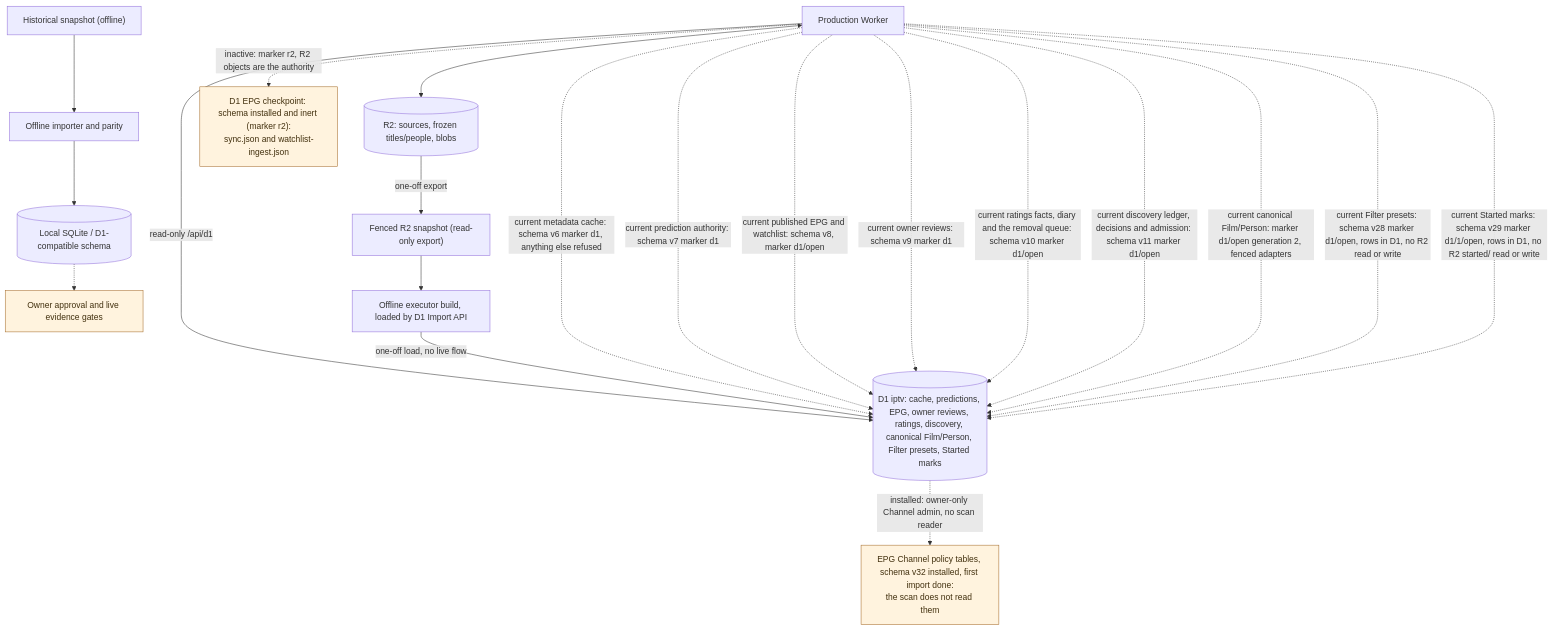
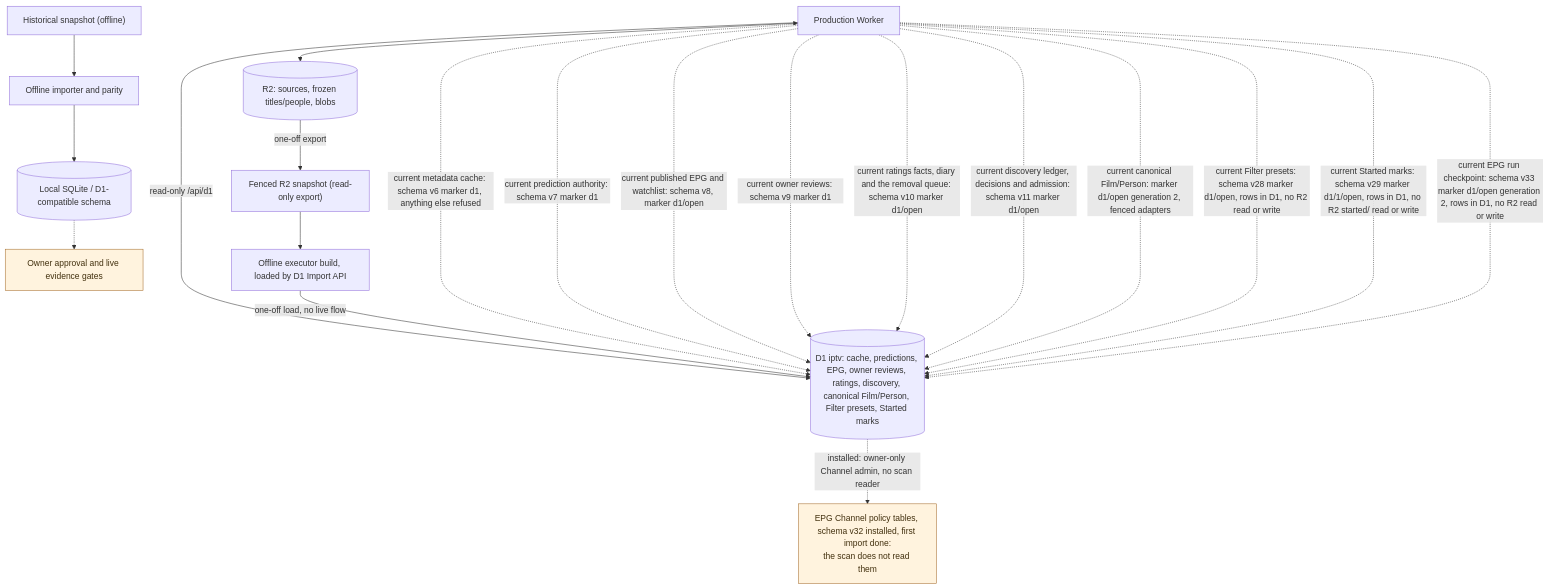
The diagram in docs/architecture/persistence-and-migration.md (vladimino/iptv-watchlist), drawn with Mermaid before and after one commit. The commit also changed other lines of this file and 23 other files, not shown here.

First line of the commit message:
AIR-551: retire EPG checkpoint R2 fallback after D1 cutover (#906)

````diff
--- a/docs/architecture/persistence-and-migration.md
+++ b/docs/architecture/persistence-and-migration.md
@@ -7,32 +7,31 @@
 ```mermaid
 flowchart TD
     worker["Production Worker"]
     r2[("R2: sources, frozen titles/people, blobs")]
     archive["Historical snapshot (offline)"]
     importer["Offline importer and parity"]
     local[("Local SQLite / D1-compatible schema")]
     gate["Owner approval and live evidence gates"]
     snapshot["Fenced R2 snapshot (read-only export)"]
     reload["Offline executor build, loaded by D1 Import API"]
     d1[("D1 iptv: cache, predictions, EPG, owner reviews, ratings, discovery, canonical Film/Person, Filter presets, Started marks")]
     worker <--> r2
     worker -->|read-only /api/d1| d1
     archive --> importer --> local
     local -.-> gate
     r2 -->|one-off export| snapshot --> reload -->|one-off load, no live flow| d1
     worker -.->|current metadata cache: schema v6 marker d1, anything else refused| d1
     worker -.->|current prediction authority: schema v7 marker d1| d1
     worker -.->|current published EPG and watchlist: schema v8, marker d1/open| d1
     worker -.->|current owner reviews: schema v9 marker d1| d1
     worker -.->|current ratings facts, diary and the removal queue: schema v10 marker d1/open| d1
     worker -.->|current discovery ledger, decisions and admission: schema v11 marker d1/open| d1
     worker -.->|current canonical Film/Person: marker d1/open generation 2, fenced adapters| d1
     worker -.->|current Filter presets: schema v28 marker d1/open, rows in D1, no R2 read or write| d1
     worker -.->|current Started marks: schema v29 marker d1/1/open, rows in D1, no R2 started/ read or write| d1
-    epgcp["D1 EPG checkpoint: schema installed and inert (marker r2):<br/>sync.json and watchlist-ingest.json"]
-    worker -.->|"inactive: marker r2, R2 objects are the authority"| epgcp
+    worker -.->|current EPG run checkpoint: schema v33 marker d1/open generation 2, rows in D1, no R2 read or write| d1
     chan["EPG Channel policy tables, schema v32 installed, first import done:<br/>the scan does not read them"]
     d1 -.->|"installed: owner-only Channel admin, no scan reader"| chan
     classDef future fill:#fff3de,stroke:#a56c2b,color:#42300e
-    class gate,epgcp,chan future
+    class gate,chan future
 ```
````
